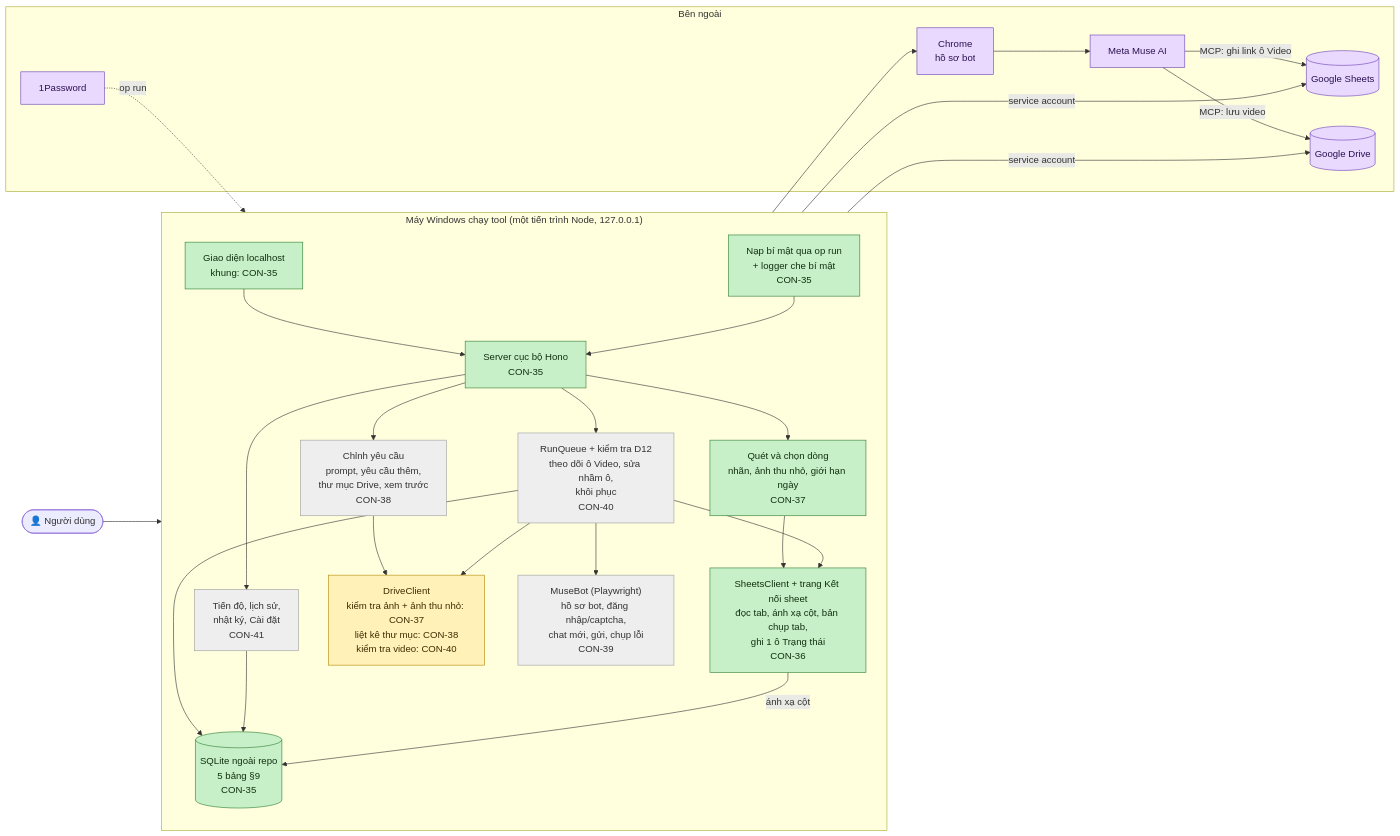
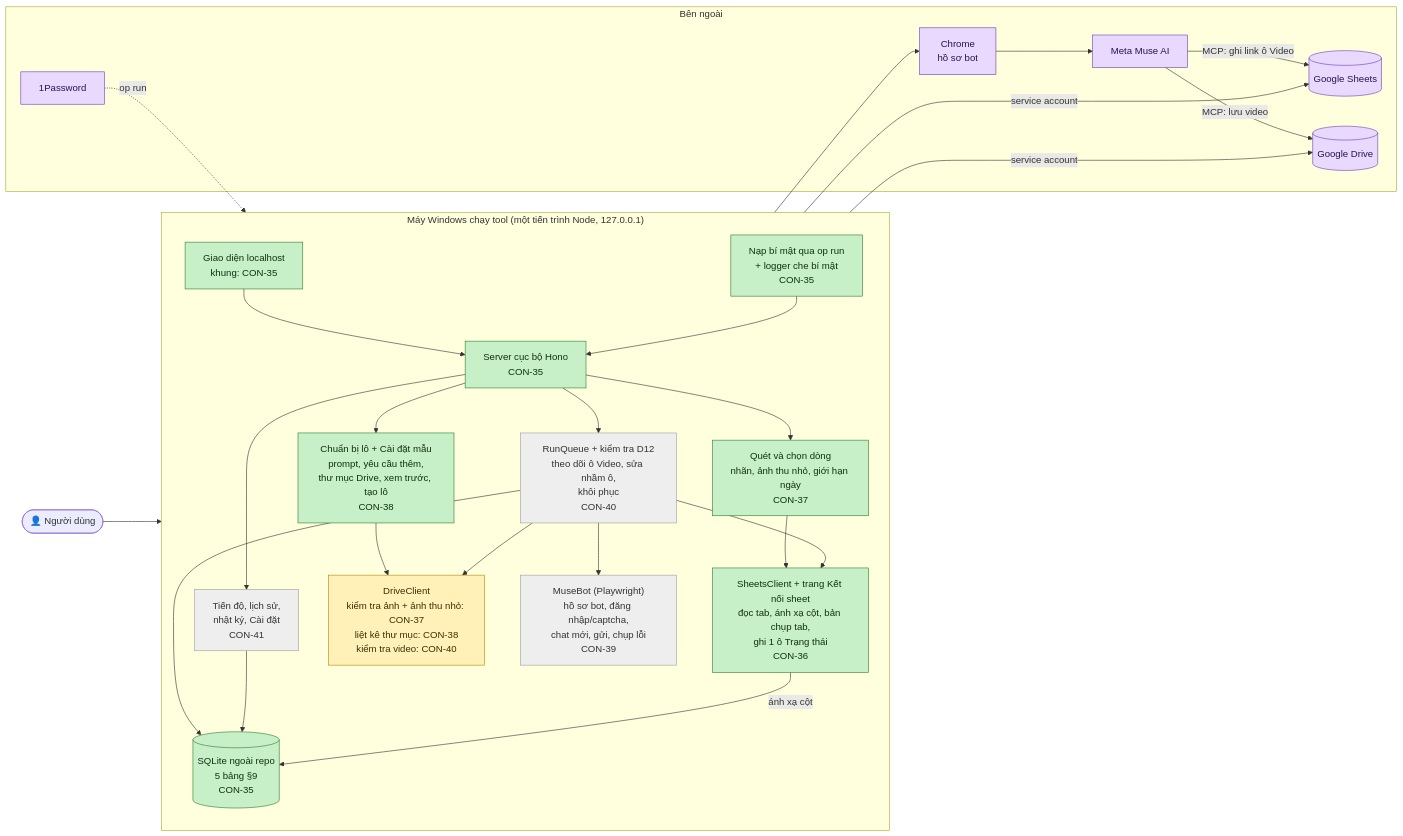
The diagram in TIEN-DO.md (Bach1711/MASYS-VIDEO-GENERATOR), drawn with Mermaid before and after one commit. The commit also changed other lines of this file and 14 other files, not shown here.

First line of the commit message:
CON-38: Chỉnh yêu cầu, chọn thư mục Drive, xem trước, tạo lô (#5)

````diff
--- a/TIEN-DO.md
+++ b/TIEN-DO.md
@@ -17,55 +17,55 @@
 ```mermaid
 flowchart LR
     user(["👤 Người dùng"])
 
     subgraph PC["Máy Windows chạy tool (một tiến trình Node, 127.0.0.1)"]
         direction TB
         ui["Giao diện localhost<br/>khung: CON-35"]
         server["Server cục bộ Hono<br/>CON-35"]
         secrets["Nạp bí mật qua op run<br/>+ logger che bí mật<br/>CON-35"]
         db[("SQLite ngoài repo<br/>5 bảng §9<br/>CON-35")]
 
         sheet["SheetsClient + trang Kết nối sheet<br/>đọc tab, ánh xạ cột, bản chụp tab,<br/>ghi 1 ô Trạng thái<br/>CON-36"]
         scan["Quét và chọn dòng<br/>nhãn, ảnh thu nhỏ, giới hạn ngày<br/>CON-37"]
-        editor["Chỉnh yêu cầu<br/>prompt, yêu cầu thêm,<br/>thư mục Drive, xem trước<br/>CON-38"]
+        editor["Chuẩn bị lô + Cài đặt mẫu<br/>prompt, yêu cầu thêm,<br/>thư mục Drive, xem trước, tạo lô<br/>CON-38"]
         bot["MuseBot (Playwright)<br/>hồ sơ bot, đăng nhập/captcha,<br/>chat mới, gửi, chụp lỗi<br/>CON-39"]
         queue["RunQueue + kiểm tra D12<br/>theo dõi ô Video, sửa nhầm ô,<br/>khôi phục<br/>CON-40"]
         drive["DriveClient<br/>kiểm tra ảnh + ảnh thu nhỏ: CON-37<br/>liệt kê thư mục: CON-38<br/>kiểm tra video: CON-40"]
         progress["Tiến độ, lịch sử,<br/>nhật ký, Cài đặt<br/>CON-41"]
     end
 
     subgraph EXT["Bên ngoài"]
         gsheets[("Google Sheets")]
         gdrive[("Google Drive")]
         chrome["Chrome<br/>hồ sơ bot"]
         muse["Meta Muse AI"]
         op["1Password"]
     end
 
     user --> ui --> server
     server --> scan & editor & progress
     scan --> sheet
     editor --> drive
     server --> queue
     queue --> sheet & drive & bot
     queue --> db
     progress --> db
     sheet -- "ánh xạ cột" --> db
     sheet -- "service account" --> gsheets
     drive -- "service account" --> gdrive
     bot --> chrome --> muse
     muse -- "MCP: lưu video" --> gdrive
     muse -- "MCP: ghi link ô Video" --> gsheets
     op -. "op run" .-> secrets --> server
 
     classDef done fill:#c8f0c8,stroke:#2e7d32,color:#10300f
     classDef review fill:#cfe3ff,stroke:#1f5fbf,color:#0c2550
     classDef doing fill:#fff1b8,stroke:#b38600,color:#3d2e00
     classDef todo fill:#eeeeee,stroke:#9e9e9e,color:#333333
     classDef ext fill:#ead9ff,stroke:#6a3fb5,color:#2a1250
 
-    class ui,server,secrets,db,sheet,scan done
+    class ui,server,secrets,db,sheet,scan,editor done
     class drive doing
-    class editor,bot,queue,progress todo
+    class bot,queue,progress todo
     class gsheets,gdrive,chrome,muse,op ext
 ```
````
